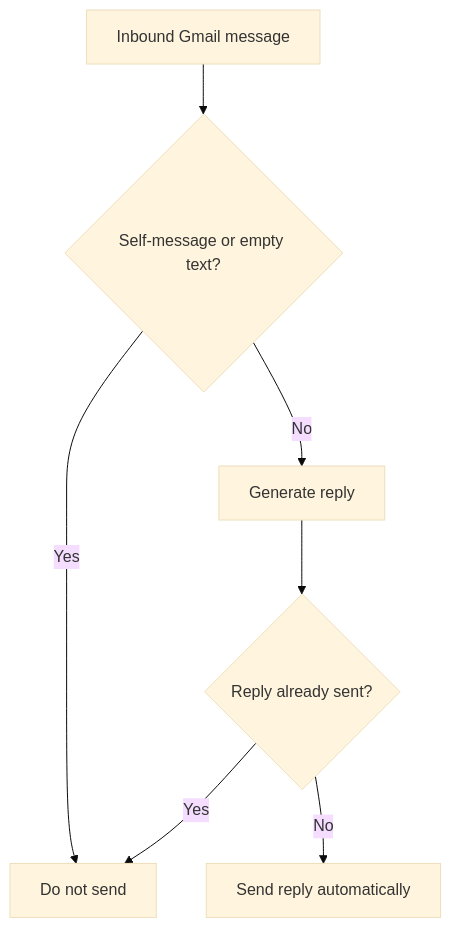
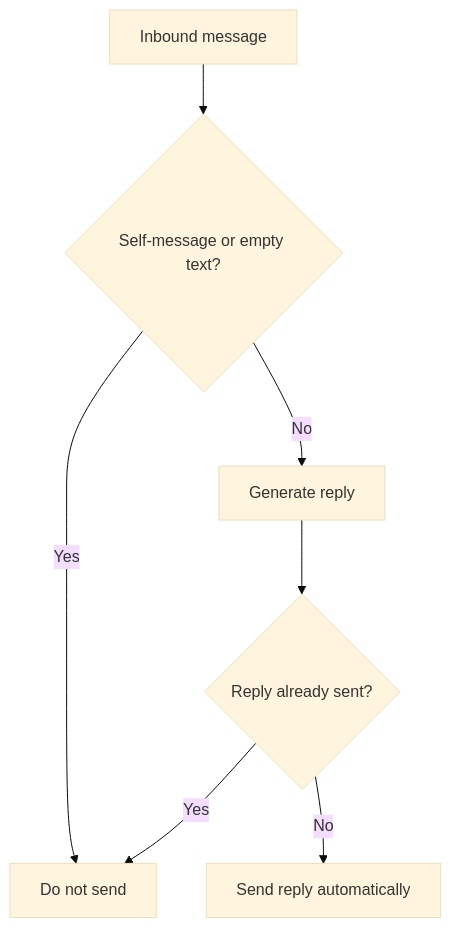
The second of 2 diagrams in docs/security-and-safety.md (LunarMothStudios/Canna-Mailroom), drawn with Mermaid (base theme) before and after one commit. The commit also changed other lines of this file and 30 other files, not shown here.

````diff
--- a/docs/security-and-safety.md
+++ b/docs/security-and-safety.md
@@ -118,9 +125,9 @@
 ```mermaid
 flowchart TD
-    Message["Inbound Gmail message"] --> Skip{"Self-message or empty text?"}
+    Message["Inbound message"] --> Skip{"Self-message or empty text?"}
     Skip -- Yes --> Stop["Do not send"]
     Skip -- No --> Model["Generate reply"]
     Model --> Guard{"Reply already sent?"}
     Guard -- Yes --> Stop
     Guard -- No --> Send["Send reply automatically"]
 ```
````
